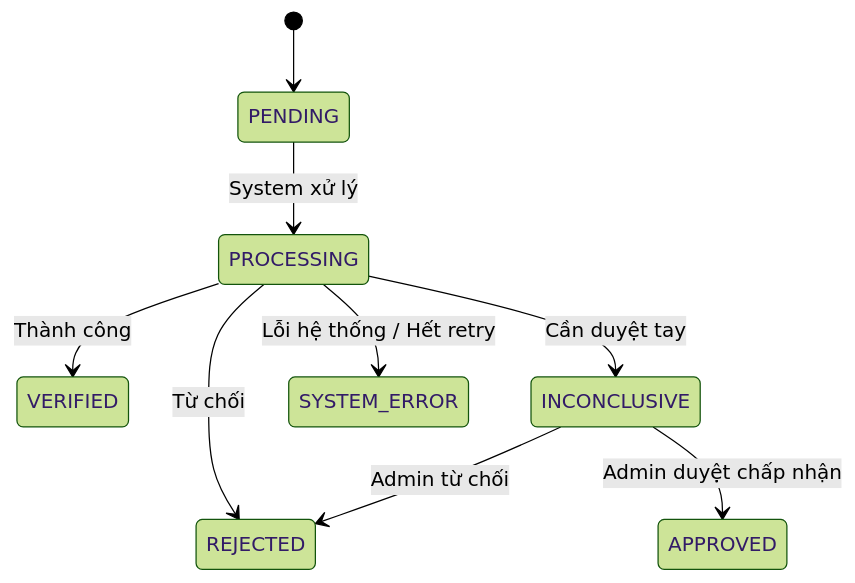
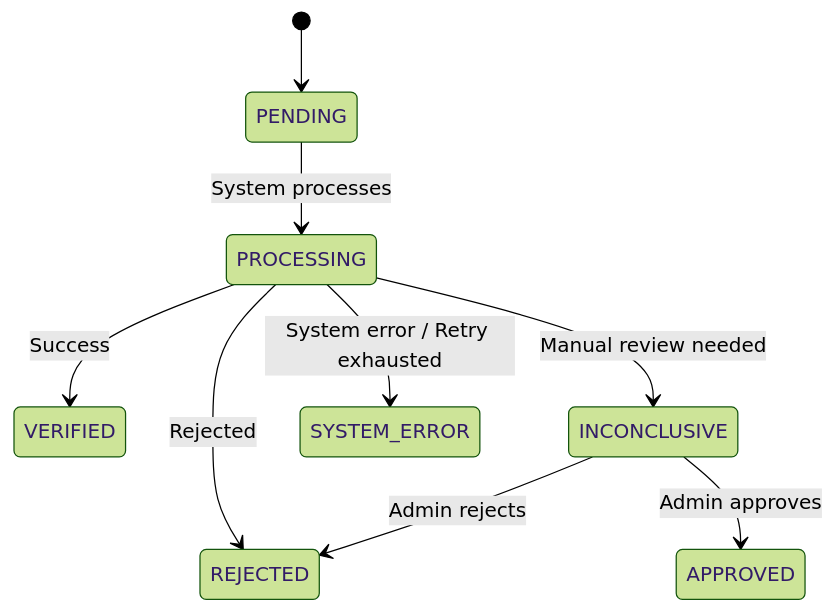
One commit to le-dat/kivy-homework changed the diagram in DESIGN.md. Above: the diagram before and after it, drawn with Mermaid (forest theme). The commit also changed other lines of this file and 2 other files, not shown here.

````diff
--- a/DESIGN.md
+++ b/DESIGN.md
@@ -42,11 +42,11 @@
 ```mermaid
 stateDiagram-v2
     [*] --> PENDING
-    PENDING --> PROCESSING : System xử lý
-    PROCESSING --> VERIFIED : Thành công
-    PROCESSING --> REJECTED : Từ chối
-    PROCESSING --> INCONCLUSIVE : Cần duyệt tay
-    PROCESSING --> SYSTEM_ERROR : Lỗi hệ thống / Hết retry
-    INCONCLUSIVE --> APPROVED : Admin duyệt chấp nhận
-    INCONCLUSIVE --> REJECTED : Admin từ chối
+    PENDING --> PROCESSING : System processes
+    PROCESSING --> VERIFIED : Success
+    PROCESSING --> REJECTED : Rejected
+    PROCESSING --> INCONCLUSIVE : Manual review needed
+    PROCESSING --> SYSTEM_ERROR : System error / Retry exhausted
+    INCONCLUSIVE --> APPROVED : Admin approves
+    INCONCLUSIVE --> REJECTED : Admin rejects
 ```
````
